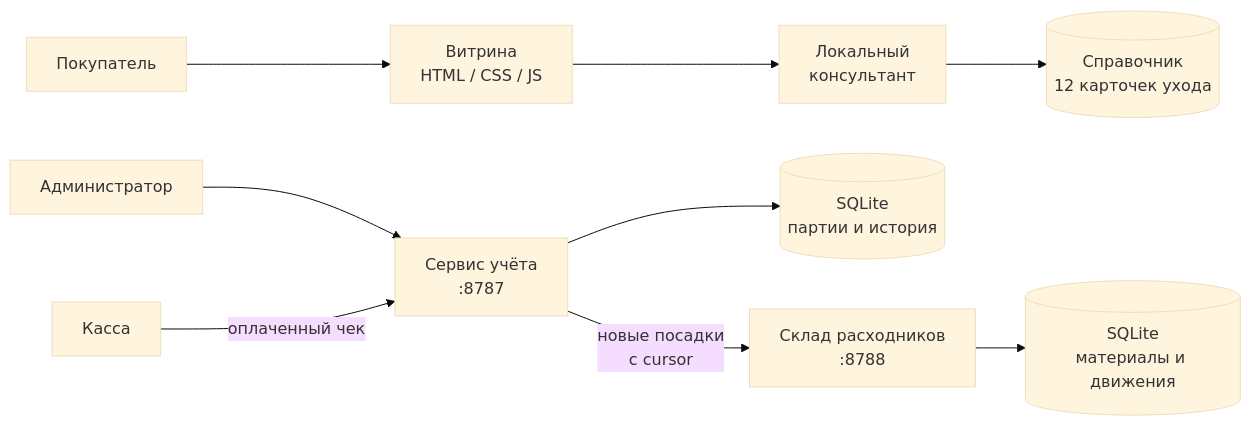
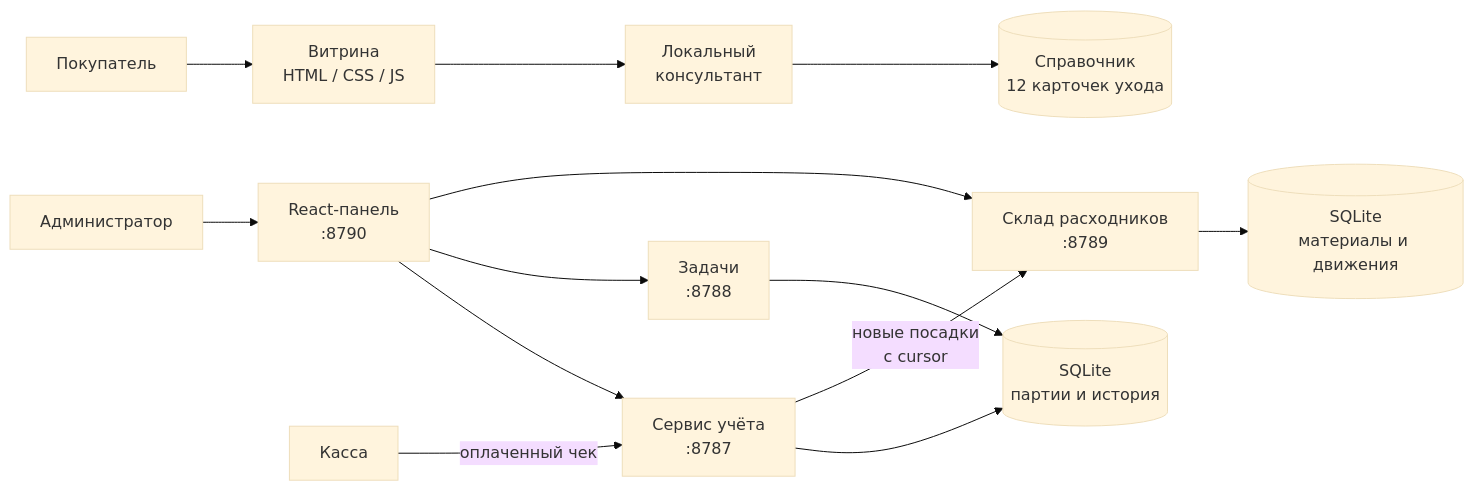
The diagram in README.md (Morg3nmuffel/xrom_nursery_plants), drawn with Mermaid (base theme) before and after one commit. The commit also changed other lines of this file and 42 other files, not shown here.

Commit message:
Add React admin panel and nursery task service

````diff
--- a/README.md
+++ b/README.md
@@ -60,13 +63,17 @@
 ```mermaid
 flowchart LR
     buyer[Покупатель] --> storefront[Витрина\nHTML / CSS / JS]
     storefront --> consultant[Локальный\nконсультант]
     consultant --> catalog[(Справочник\n12 карточек ухода)]
 
-    admin[Администратор] --> inventory[Сервис учёта\n:8787]
+    admin[Администратор] --> panel[React-панель\n:8790]
+    panel --> inventory[Сервис учёта\n:8787]
+    panel --> tasks[Задачи\n:8788]
+    panel --> warehouse[Склад расходников\n:8789]
+    tasks --> plantDb
     inventory --> plantDb[(SQLite\nпартии и история)]
     pos[Касса] -->|оплаченный чек| inventory
 
-    inventory -->|новые посадки\nс cursor| warehouse[Склад расходников\n:8788]
+    inventory -->|новые посадки\nс cursor| warehouse
     warehouse --> materialDb[(SQLite\nматериалы и движения)]
 ```
````
